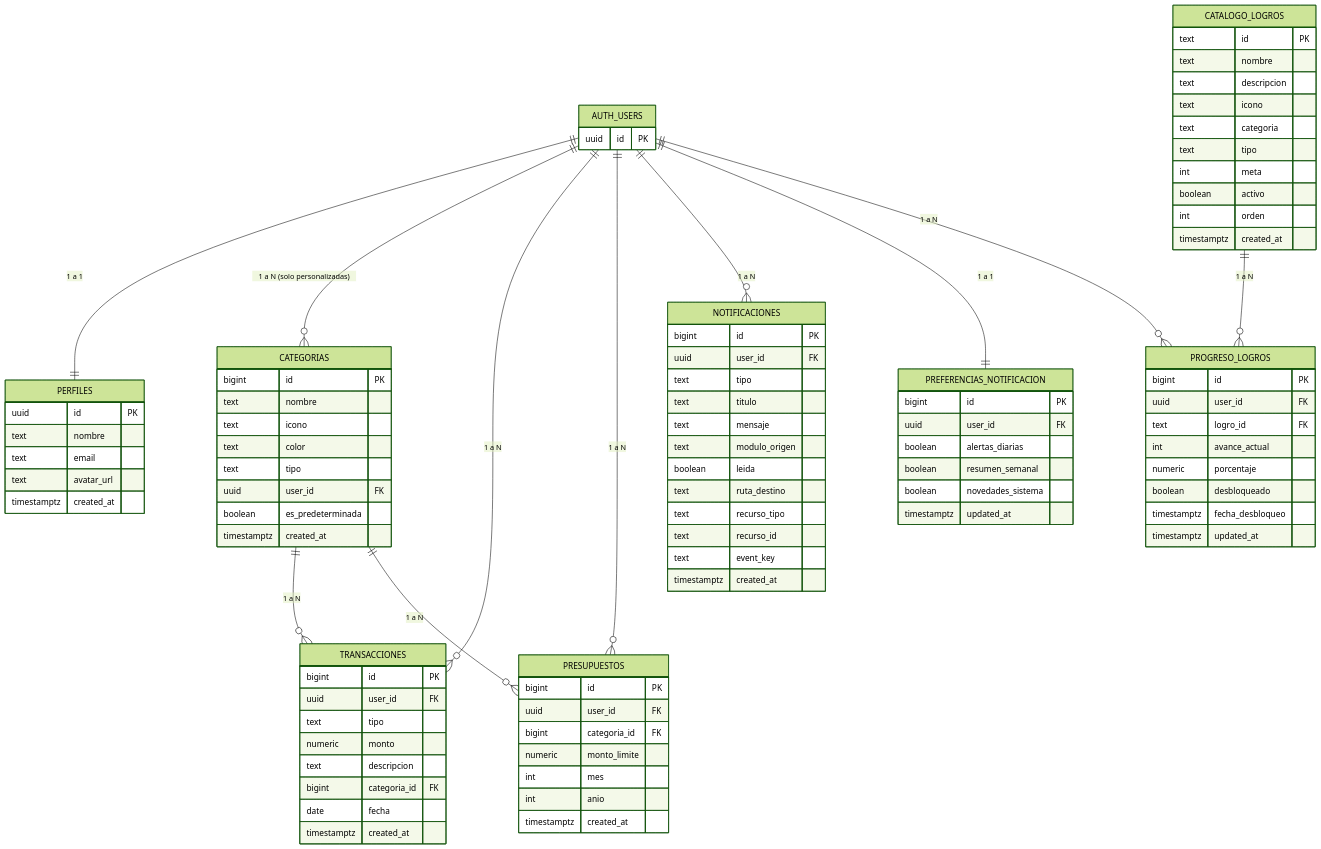
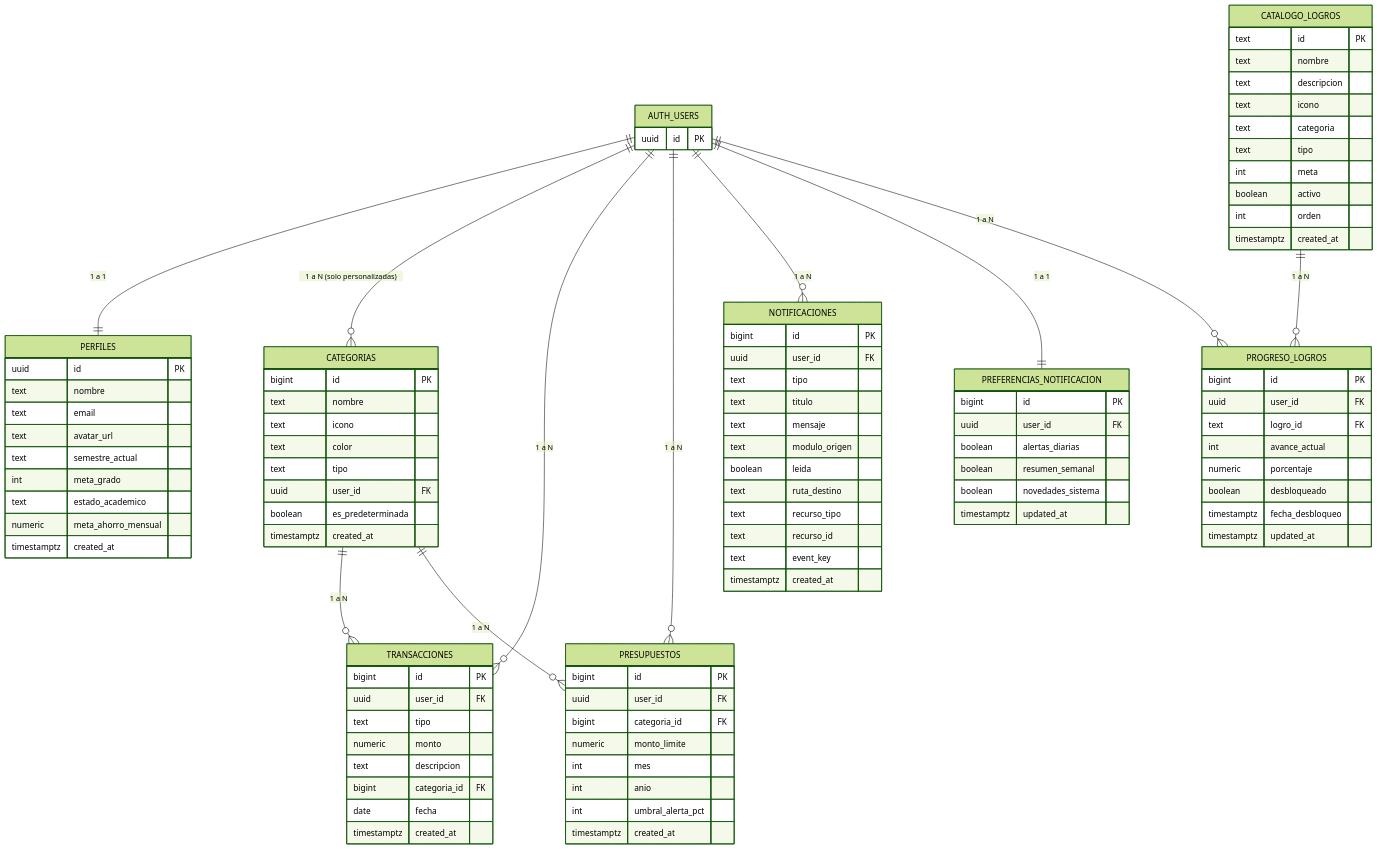
Before and after one commit to CamiloTriana75/FinanzasU: the diagram in docs/diagrama-er.md, drawn with Mermaid (forest theme). The commit also changed other lines of this file and 6 other files, not shown here.

First line of the commit message:
docs(HU-26): actualizar diagrama ER, README final y guía de despliegue

```diff
--- a/docs/diagrama-er.md
+++ b/docs/diagrama-er.md
@@ -20,6 +20,10 @@
         text nombre
         text email
         text avatar_url
+        text semestre_actual
+        int meta_grado
+        text estado_academico
+        numeric meta_ahorro_mensual
         timestamptz created_at
     }
 
@@ -52,6 +56,7 @@
         numeric monto_limite
         int mes
         int anio
+        int umbral_alerta_pct
         timestamptz created_at
     }
 
```
